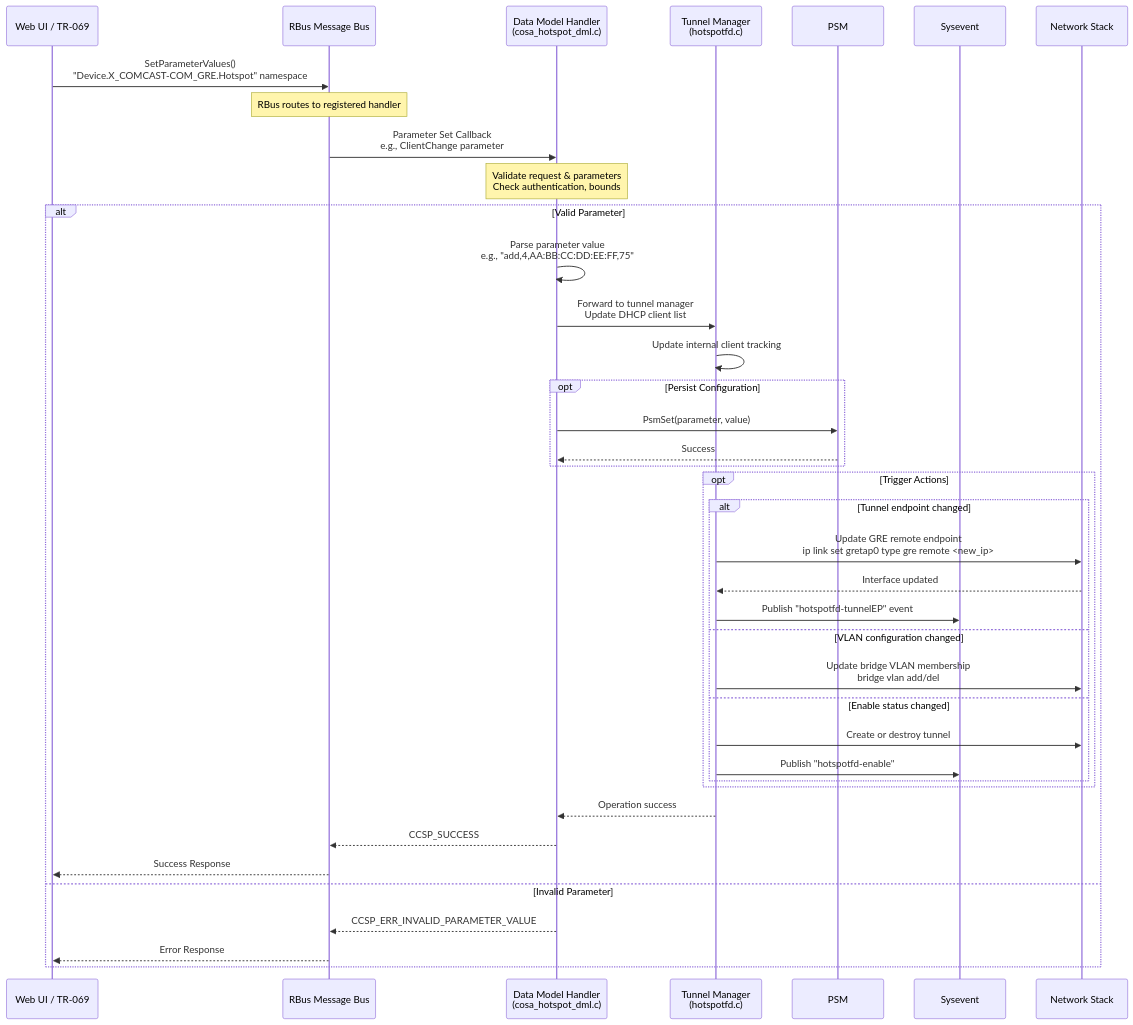
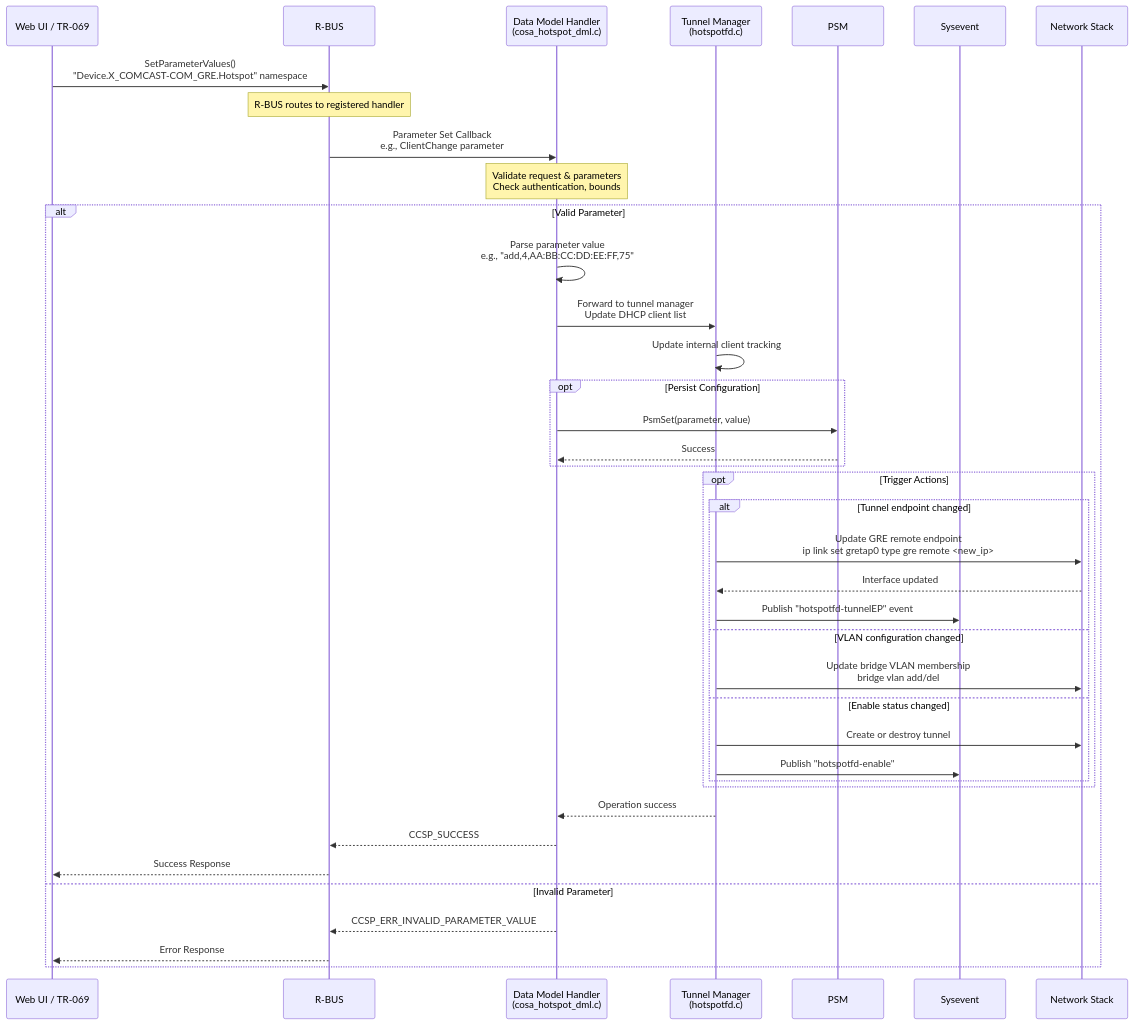
One commit to rdkcentral/hotspot changed the sixth of 9 diagrams in README.md. Above: the diagram before and after it, drawn with Mermaid. The commit also changed other lines of this file, not shown here.

````diff
--- a/README.md
+++ b/README.md
@@ -618,48 +608,48 @@
 ```mermaid
 sequenceDiagram
     participant WebUI as Web UI / TR-069
-    participant RBus as RBus Message Bus
+    participant RBus as R-BUS
     participant DM as Data Model Handler<br/>(cosa_hotspot_dml.c)
     participant TM as Tunnel Manager<br/>(hotspotfd.c)
     participant PSM as PSM
     participant SysEvt as Sysevent
     participant Net as Network Stack
 
     WebUI->>RBus: SetParameterValues()<br/>"Device.X_COMCAST-COM_GRE.Hotspot" namespace
-    Note over RBus: RBus routes to registered handler
-    
+    Note over RBus: R-BUS routes to registered handler
+
     RBus->>DM: Parameter Set Callback<br/>e.g., ClientChange parameter
     Note over DM: Validate request & parameters<br/>Check authentication, bounds
-    
+
     alt Valid Parameter
         DM->>DM: Parse parameter value<br/>e.g., "add,4,AA:BB:CC:DD:EE:FF,75"
         DM->>TM: Forward to tunnel manager<br/>Update DHCP client list
         TM->>TM: Update internal client tracking
-        
+
         opt Persist Configuration
             DM->>PSM: PsmSet(parameter, value)
             PSM-->>DM: Success
         end
-        
+
         opt Trigger Actions
             alt Tunnel endpoint changed
                 TM->>Net: Update GRE remote endpoint<br/>ip link set gretap0 type gre remote <new_ip>
                 Net-->>TM: Interface updated
                 TM->>SysEvt: Publish "hotspotfd-tunnelEP" event
             else VLAN configuration changed
                 TM->>Net: Update bridge VLAN membership<br/>bridge vlan add/del
             else Enable status changed
                 TM->>Net: Create or destroy tunnel
                 TM->>SysEvt: Publish "hotspotfd-enable"
             end
         end
-        
+
         TM-->>DM: Operation success
         DM-->>RBus: CCSP_SUCCESS
         RBus-->>WebUI: Success Response
-        
+
     else Invalid Parameter
         DM-->>RBus: CCSP_ERR_INVALID_PARAMETER_VALUE
         RBus-->>WebUI: Error Response
     end
 ```
````
